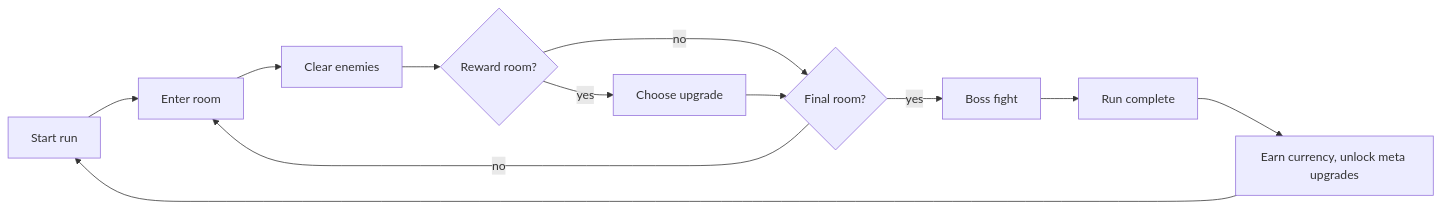
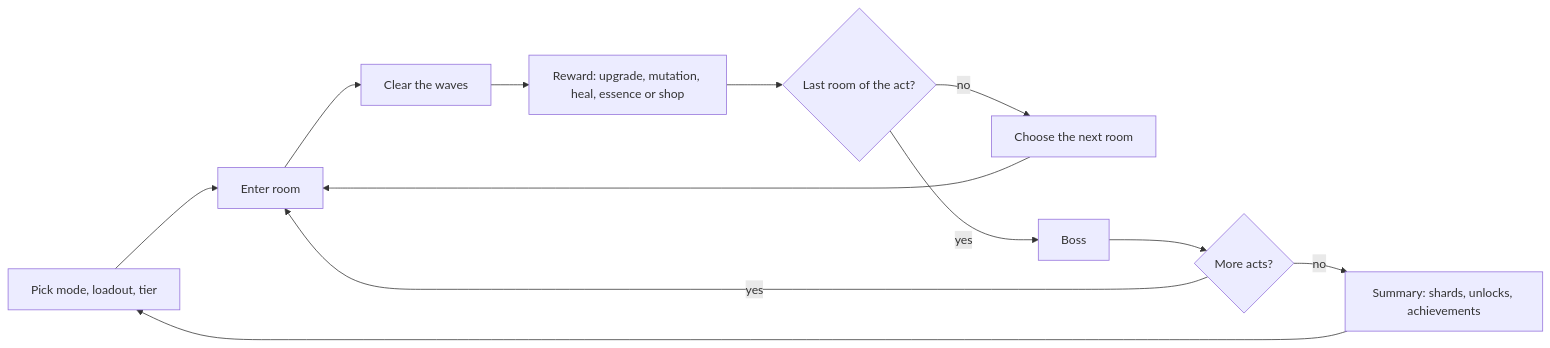
Before and after one commit to anshuman-krishna/rush-fracture: the first of 2 diagrams in README.md, drawn with Mermaid. The commit also changed other lines of this file, not shown here.

````diff
--- a/README.md
+++ b/README.md
@@ -51,14 +25,14 @@
 ```mermaid
 flowchart LR
-    A[Start run] --> B[Enter room]
-    B --> C[Clear enemies]
-    C --> D{Reward room?}
-    D -- yes --> E[Choose upgrade]
-    D -- no --> F{Final room?}
-    E --> F
-    F -- no --> B
-    F -- yes --> G[Boss fight]
-    G --> H[Run complete]
-    H --> I[Earn currency, unlock meta upgrades]
+    A[Pick mode, loadout, tier] --> B[Enter room]
+    B --> C[Clear the waves]
+    C --> D[Reward: upgrade, mutation, heal, essence or shop]
+    D --> E{Last room of the act?}
+    E -- no --> F[Choose the next room]
+    F --> B
+    E -- yes --> G[Boss]
+    G --> H{More acts?}
+    H -- yes --> B
+    H -- no --> I[Summary: shards, unlocks, achievements]
     I --> A
 ```
````
